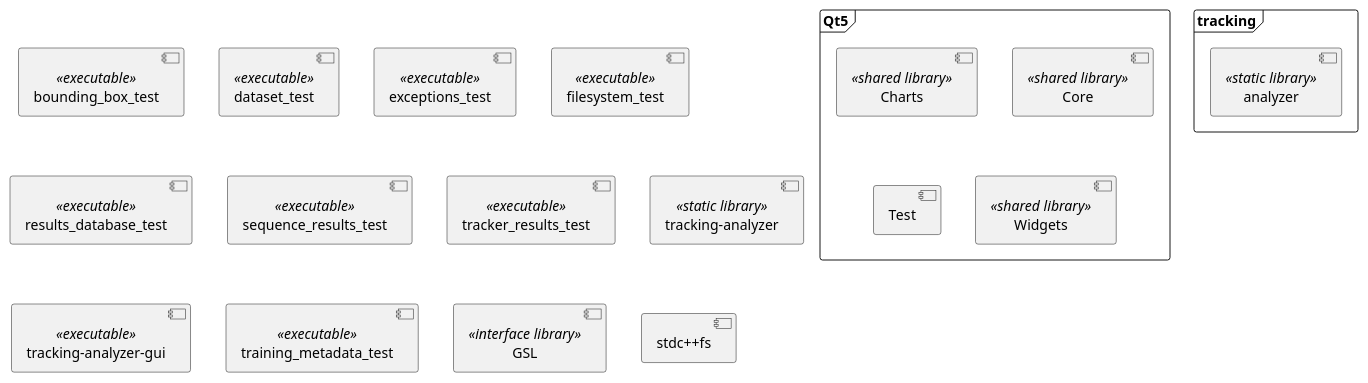
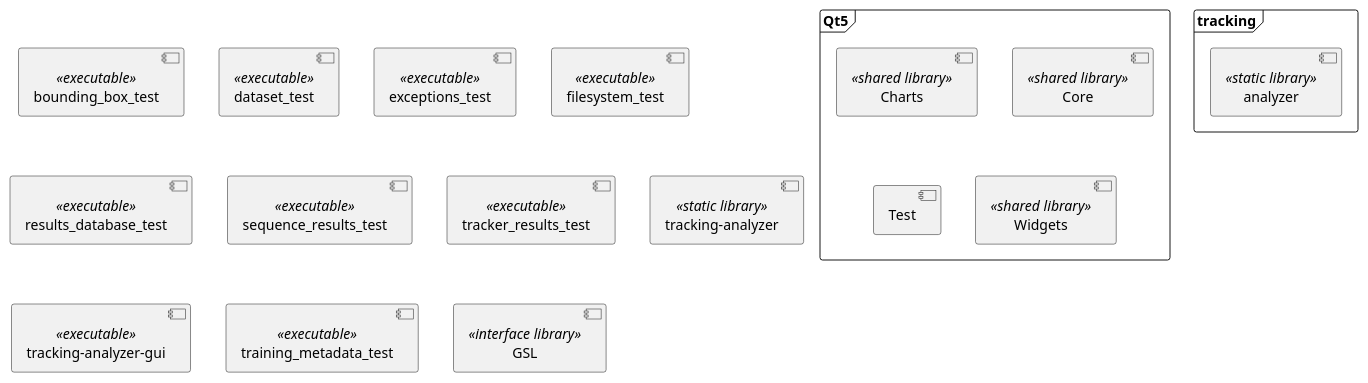
Before and after one commit to brobeson/tracking-analyzer: the diagram in graphs/whole_project.puml, drawn with PlantUML. The commit also changed 1 other file, not shown here.

Commit message:
more work on the dependency graph

```diff
--- a/graphs/whole_project.puml
+++ b/graphs/whole_project.puml
@@ -1,194 +1,169 @@
 @startuml
 skinparam linetype ortho
 [bounding_box_test] <<executable>> as bounding_box_test
 [bounding_box_test] <<executable>> as bounding_box_test
 [dataset_test] <<executable>> as dataset_test
 [bounding_box_test] <<executable>> as bounding_box_test
 [dataset_test] <<executable>> as dataset_test
 [exceptions_test] <<executable>> as exceptions_test
 [bounding_box_test] <<executable>> as bounding_box_test
 [dataset_test] <<executable>> as dataset_test
 [exceptions_test] <<executable>> as exceptions_test
 [filesystem_test] <<executable>> as filesystem_test
 [bounding_box_test] <<executable>> as bounding_box_test
 [dataset_test] <<executable>> as dataset_test
 [exceptions_test] <<executable>> as exceptions_test
 [filesystem_test] <<executable>> as filesystem_test
 [results_database_test] <<executable>> as results_database_test
 [bounding_box_test] <<executable>> as bounding_box_test
 [dataset_test] <<executable>> as dataset_test
 [exceptions_test] <<executable>> as exceptions_test
 [filesystem_test] <<executable>> as filesystem_test
 [results_database_test] <<executable>> as results_database_test
 [sequence_results_test] <<executable>> as sequence_results_test
 [bounding_box_test] <<executable>> as bounding_box_test
 [dataset_test] <<executable>> as dataset_test
 [exceptions_test] <<executable>> as exceptions_test
 [filesystem_test] <<executable>> as filesystem_test
 [results_database_test] <<executable>> as results_database_test
 [sequence_results_test] <<executable>> as sequence_results_test
 [tracker_results_test] <<executable>> as tracker_results_test
 [bounding_box_test] <<executable>> as bounding_box_test
 [dataset_test] <<executable>> as dataset_test
 [exceptions_test] <<executable>> as exceptions_test
 [filesystem_test] <<executable>> as filesystem_test
 [results_database_test] <<executable>> as results_database_test
 [sequence_results_test] <<executable>> as sequence_results_test
 [tracker_results_test] <<executable>> as tracker_results_test
 [tracking-analyzer] <<static library>> as tracking_analyzer
 [bounding_box_test] <<executable>> as bounding_box_test
 [dataset_test] <<executable>> as dataset_test
 [exceptions_test] <<executable>> as exceptions_test
 [filesystem_test] <<executable>> as filesystem_test
 [results_database_test] <<executable>> as results_database_test
 [sequence_results_test] <<executable>> as sequence_results_test
 [tracker_results_test] <<executable>> as tracker_results_test
 [tracking-analyzer] <<static library>> as tracking_analyzer
 [tracking-analyzer-gui] <<executable>> as tracking_analyzer_gui
 [bounding_box_test] <<executable>> as bounding_box_test
 [dataset_test] <<executable>> as dataset_test
 [exceptions_test] <<executable>> as exceptions_test
 [filesystem_test] <<executable>> as filesystem_test
 [results_database_test] <<executable>> as results_database_test
 [sequence_results_test] <<executable>> as sequence_results_test
 [tracker_results_test] <<executable>> as tracker_results_test
 [tracking-analyzer] <<static library>> as tracking_analyzer
 [tracking-analyzer-gui] <<executable>> as tracking_analyzer_gui
 [training_metadata_test] <<executable>> as training_metadata_test
 [bounding_box_test] <<executable>> as bounding_box_test
 [dataset_test] <<executable>> as dataset_test
 [exceptions_test] <<executable>> as exceptions_test
 [filesystem_test] <<executable>> as filesystem_test
 [results_database_test] <<executable>> as results_database_test
 [sequence_results_test] <<executable>> as sequence_results_test
 [tracker_results_test] <<executable>> as tracker_results_test
 [tracking-analyzer] <<static library>> as tracking_analyzer
 [tracking-analyzer-gui] <<executable>> as tracking_analyzer_gui
 [training_metadata_test] <<executable>> as training_metadata_test
 [GSL] <<interface library>> as GSL
 [bounding_box_test] <<executable>> as bounding_box_test
 [dataset_test] <<executable>> as dataset_test
 [exceptions_test] <<executable>> as exceptions_test
 [filesystem_test] <<executable>> as filesystem_test
 [results_database_test] <<executable>> as results_database_test
 [sequence_results_test] <<executable>> as sequence_results_test
 [tracker_results_test] <<executable>> as tracker_results_test
 [tracking-analyzer] <<static library>> as tracking_analyzer
 [tracking-analyzer-gui] <<executable>> as tracking_analyzer_gui
 [training_metadata_test] <<executable>> as training_metadata_test
 [GSL] <<interface library>> as GSL
 frame "Qt5" {
 [Charts] <<shared library>> as Qt5__Charts
 }
 [bounding_box_test] <<executable>> as bounding_box_test
 [dataset_test] <<executable>> as dataset_test
 [exceptions_test] <<executable>> as exceptions_test
 [filesystem_test] <<executable>> as filesystem_test
 [results_database_test] <<executable>> as results_database_test
 [sequence_results_test] <<executable>> as sequence_results_test
 [tracker_results_test] <<executable>> as tracker_results_test
 [tracking-analyzer] <<static library>> as tracking_analyzer
 [tracking-analyzer-gui] <<executable>> as tracking_analyzer_gui
 [training_metadata_test] <<executable>> as training_metadata_test
 [GSL] <<interface library>> as GSL
 frame "Qt5" {
 [Charts] <<shared library>> as Qt5__Charts
 }
 frame "Qt5" {
 [Core] <<shared library>> as Qt5__Core
 }
 [bounding_box_test] <<executable>> as bounding_box_test
 [dataset_test] <<executable>> as dataset_test
 [exceptions_test] <<executable>> as exceptions_test
 [filesystem_test] <<executable>> as filesystem_test
 [results_database_test] <<executable>> as results_database_test
 [sequence_results_test] <<executable>> as sequence_results_test
 [tracker_results_test] <<executable>> as tracker_results_test
 [tracking-analyzer] <<static library>> as tracking_analyzer
 [tracking-analyzer-gui] <<executable>> as tracking_analyzer_gui
 [training_metadata_test] <<executable>> as training_metadata_test
 [GSL] <<interface library>> as GSL
 frame "Qt5" {
 [Charts] <<shared library>> as Qt5__Charts
 }
 frame "Qt5" {
 [Core] <<shared library>> as Qt5__Core
 }
 frame "Qt5" {
 [Test] as Qt5__Test
 }
 [bounding_box_test] <<executable>> as bounding_box_test
 [dataset_test] <<executable>> as dataset_test
 [exceptions_test] <<executable>> as exceptions_test
 [filesystem_test] <<executable>> as filesystem_test
 [results_database_test] <<executable>> as results_database_test
 [sequence_results_test] <<executable>> as sequence_results_test
 [tracker_results_test] <<executable>> as tracker_results_test
 [tracking-analyzer] <<static library>> as tracking_analyzer
 [tracking-analyzer-gui] <<executable>> as tracking_analyzer_gui
 [training_metadata_test] <<executable>> as training_metadata_test
 [GSL] <<interface library>> as GSL
 frame "Qt5" {
 [Charts] <<shared library>> as Qt5__Charts
 }
 frame "Qt5" {
 [Core] <<shared library>> as Qt5__Core
 }
 frame "Qt5" {
 [Test] as Qt5__Test
 }
 frame "Qt5" {
 [Widgets] <<shared library>> as Qt5__Widgets
 }
 [bounding_box_test] <<executable>> as bounding_box_test
 [dataset_test] <<executable>> as dataset_test
 [exceptions_test] <<executable>> as exceptions_test
 [filesystem_test] <<executable>> as filesystem_test
 [results_database_test] <<executable>> as results_database_test
 [sequence_results_test] <<executable>> as sequence_results_test
 [tracker_results_test] <<executable>> as tracker_results_test
 [tracking-analyzer] <<static library>> as tracking_analyzer
 [tracking-analyzer-gui] <<executable>> as tracking_analyzer_gui
 [training_metadata_test] <<executable>> as training_metadata_test
 [GSL] <<interface library>> as GSL
 frame "Qt5" {
 [Charts] <<shared library>> as Qt5__Charts
 }
 frame "Qt5" {
 [Core] <<shared library>> as Qt5__Core
 }
 frame "Qt5" {
 [Test] as Qt5__Test
 }
 frame "Qt5" {
 [Widgets] <<shared library>> as Qt5__Widgets
 }
-[stdc++fs] as stdcppfs
-[bounding_box_test] <<executable>> as bounding_box_test
-[dataset_test] <<executable>> as dataset_test
-[exceptions_test] <<executable>> as exceptions_test
-[filesystem_test] <<executable>> as filesystem_test
-[results_database_test] <<executable>> as results_database_test
-[sequence_results_test] <<executable>> as sequence_results_test
-[tracker_results_test] <<executable>> as tracker_results_test
-[tracking-analyzer] <<static library>> as tracking_analyzer
-[tracking-analyzer-gui] <<executable>> as tracking_analyzer_gui
-[training_metadata_test] <<executable>> as training_metadata_test
-[GSL] <<interface library>> as GSL
-frame "Qt5" {
-[Charts] <<shared library>> as Qt5__Charts
-}
-frame "Qt5" {
-[Core] <<shared library>> as Qt5__Core
-}
-frame "Qt5" {
-[Test] as Qt5__Test
-}
-frame "Qt5" {
-[Widgets] <<shared library>> as Qt5__Widgets
-}
-[stdc++fs] as stdcppfs
 frame "tracking" {
 [analyzer] <<static library>> as tracking__analyzer
 }
 @enduml
```
